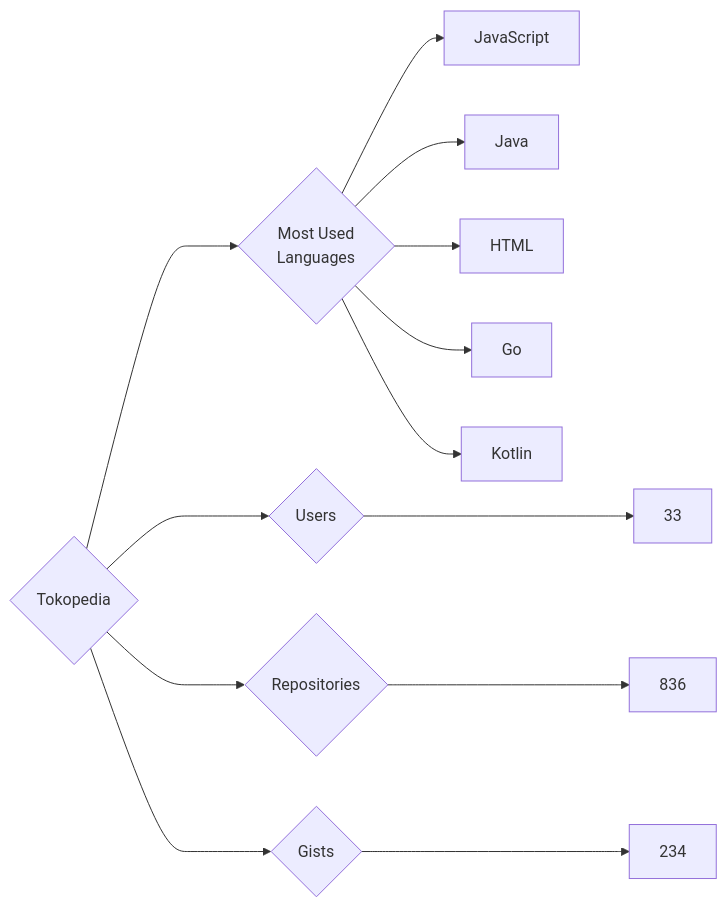
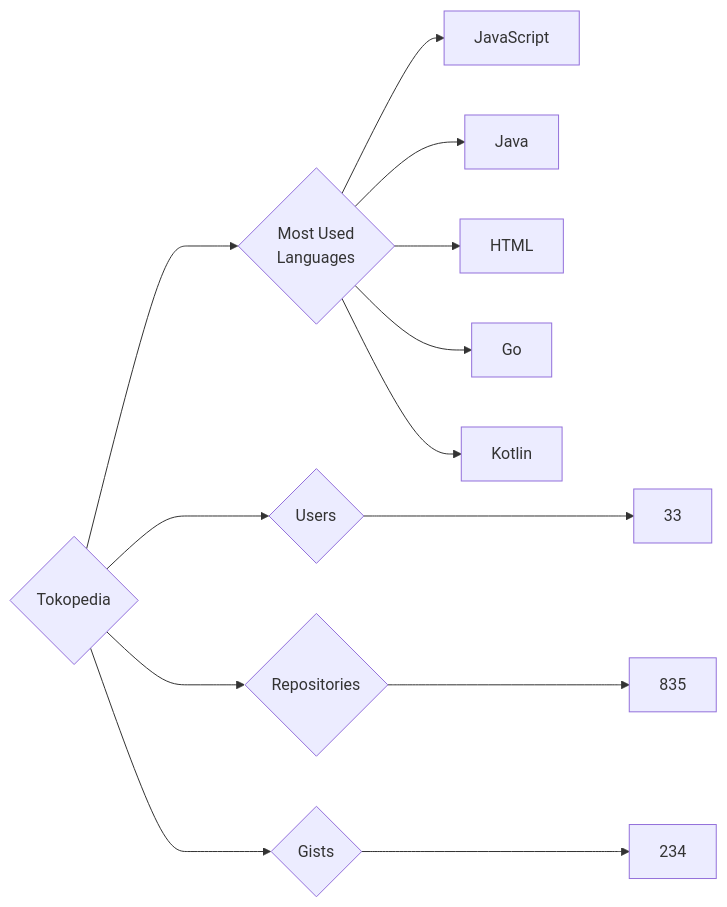
One commit to trickest/insiders changed the diagram in targets/Tokopedia/README.md. Above: the diagram before and after it, drawn with Mermaid. The commit also changed 797 other files, not shown here.

````diff
--- a/targets/Tokopedia/README.md
+++ b/targets/Tokopedia/README.md
@@ -3,13 +3,13 @@
 ```mermaid
 graph LR
 COMPANY_NAME{Tokopedia}
 COMPANY_NAME ---> U{Users} ---> UN[33]
-COMPANY_NAME ---> R{Repositories} ---> RN[836]
+COMPANY_NAME ---> R{Repositories} ---> RN[835]
 COMPANY_NAME ---> G{Gists} ---> GN[234]
 COMPANY_NAME ---> ML{Most Used<br>Languages}
 ML --> JavaScript[JavaScript]
 ML --> Java[Java]
 ML --> HTML[HTML]
 ML --> Go[Go]
 ML --> Kotlin[Kotlin]
 ```
````
